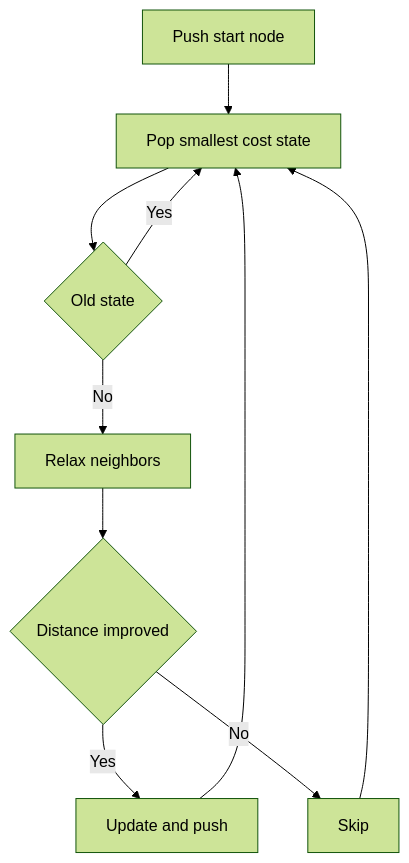
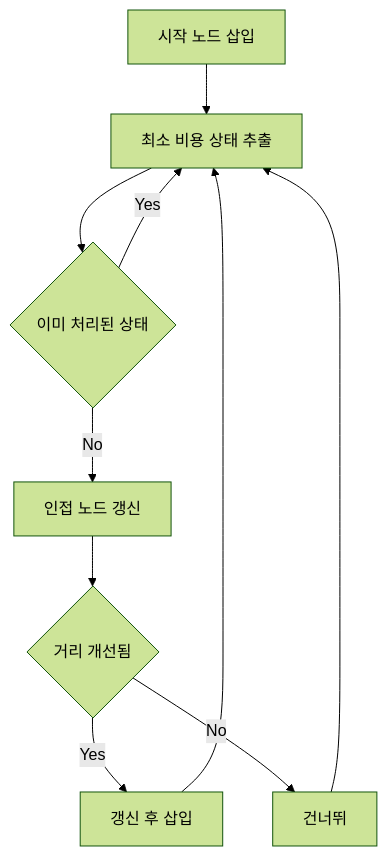
One commit to mandoobox/mandoobox.github.io changed the first of 2 diagrams in _posts/algorithm/2026-03-07-dijkstra.md. Above: the diagram before and after it, drawn with Mermaid (forest theme). The commit also changed other lines of this file and 24 other files, not shown here.

Commit message:
feat: mermaid kr

````diff
--- a/_posts/algorithm/2026-03-07-dijkstra.md
+++ b/_posts/algorithm/2026-03-07-dijkstra.md
@@ -198,12 +198,12 @@
 ```mermaid
 flowchart TD
-    A["Push start node"] --> B["Pop smallest cost state"]
-    B --> C{"Old state"}
+    A["시작 노드 삽입"] --> B["최소 비용 상태 추출"]
+    B --> C{"이미 처리된 상태"}
     C -->|Yes| B
-    C -->|No| D["Relax neighbors"]
-    D --> E{"Distance improved"}
-    E -->|Yes| F["Update and push"]
-    E -->|No| G["Skip"]
+    C -->|No| D["인접 노드 갱신"]
+    D --> E{"거리 개선됨"}
+    E -->|Yes| F["갱신 후 삽입"]
+    E -->|No| G["건너뛰"]
     F --> B
     G --> B
 ```
````
